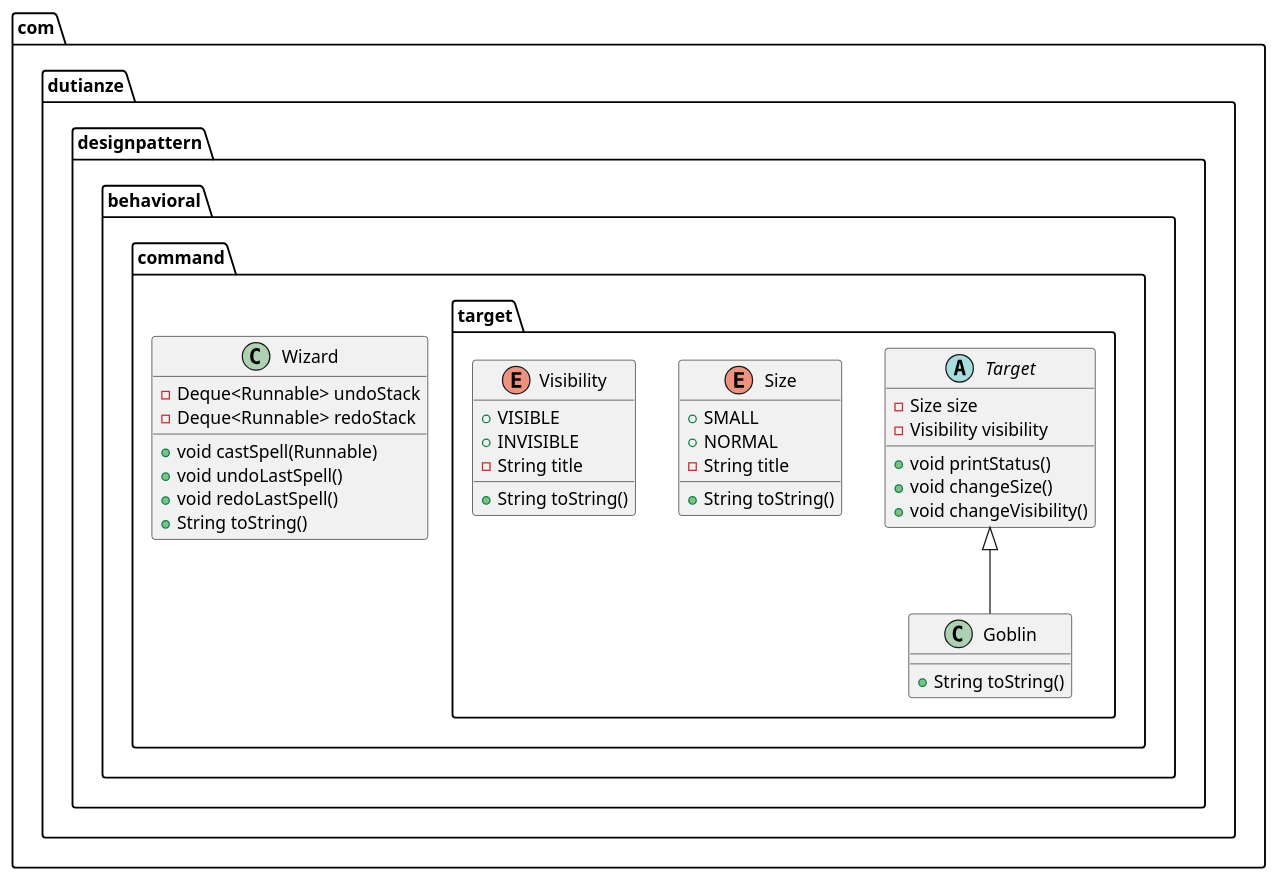
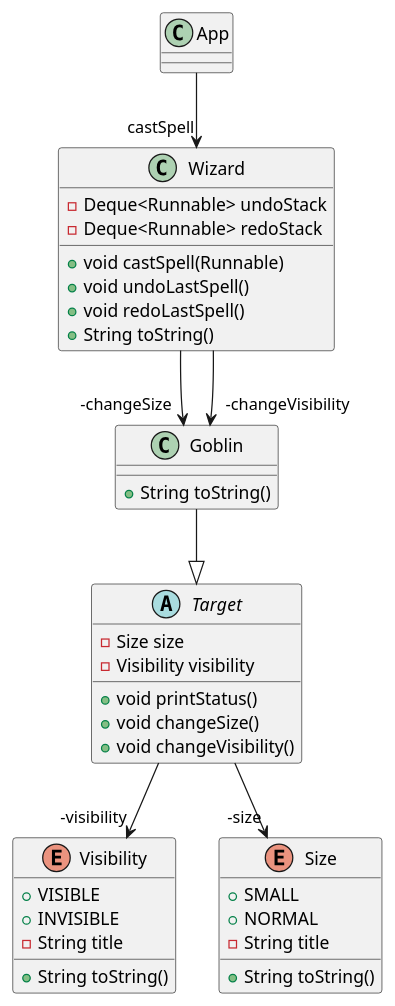
One commit to duTianze/my-java changed the diagram in design/design-pattern/src/main/java/com/dutianze/designpattern/behavioral/command/command.puml. Above: the diagram before and after it, drawn with PlantUML. The commit also changed 12 other files, not shown here.

```diff
--- a/design/design-pattern/src/main/java/com/dutianze/designpattern/behavioral/command/command.puml
+++ b/design/design-pattern/src/main/java/com/dutianze/designpattern/behavioral/command/command.puml
@@ -1,35 +1,40 @@
 @startuml
-abstract class com.dutianze.designpattern.behavioral.command.target.Target {
+abstract class Target {
 - Size size
 - Visibility visibility
 + void printStatus()
 + void changeSize()
 + void changeVisibility()
 }
-enum com.dutianze.designpattern.behavioral.command.target.Size {
-+  SMALL
-+  NORMAL
-- String title
-+ String toString()
-}
-class com.dutianze.designpattern.behavioral.command.target.Goblin {
-+ String toString()
-}
-enum com.dutianze.designpattern.behavioral.command.target.Visibility {
+enum Visibility {
 +  VISIBLE
 +  INVISIBLE
 - String title
 + String toString()
 }
-class com.dutianze.designpattern.behavioral.command.Wizard {
+class Goblin {
++ String toString()
+}
+class Wizard {
 - Deque<Runnable> undoStack
 - Deque<Runnable> redoStack
 + void castSpell(Runnable)
 + void undoLastSpell()
 + void redoLastSpell()
 + String toString()
 }
+enum Size {
++  SMALL
++  NORMAL
+- String title
++ String toString()
+}
 
 
-com.dutianze.designpattern.behavioral.command.target.Target <|-- com.dutianze.designpattern.behavioral.command.target.Goblin
+Target -->  "-size" Size
+Wizard -->  "-changeSize" Goblin
+Wizard -->  "-changeVisibility" Goblin
+Target -->  "-visibility" Visibility
+Goblin --|> Target
+App --> "castSpell" Wizard
 @enduml
```
